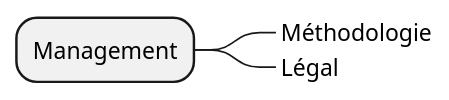
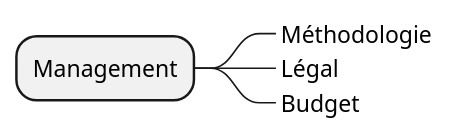
The diagram in diagram/domaine/management.puml (diplomegalo/roadmap), drawn with PlantUML before and after one commit. The commit also changed 1 other file, not shown here.

```diff
--- a/diagram/domaine/management.puml
+++ b/diagram/domaine/management.puml
@@ -1,5 +1,6 @@
 @startmindmap
 * Management
 **_ Méthodologie
 **_ Légal
+**_ Budget
 @endmindmap
```
